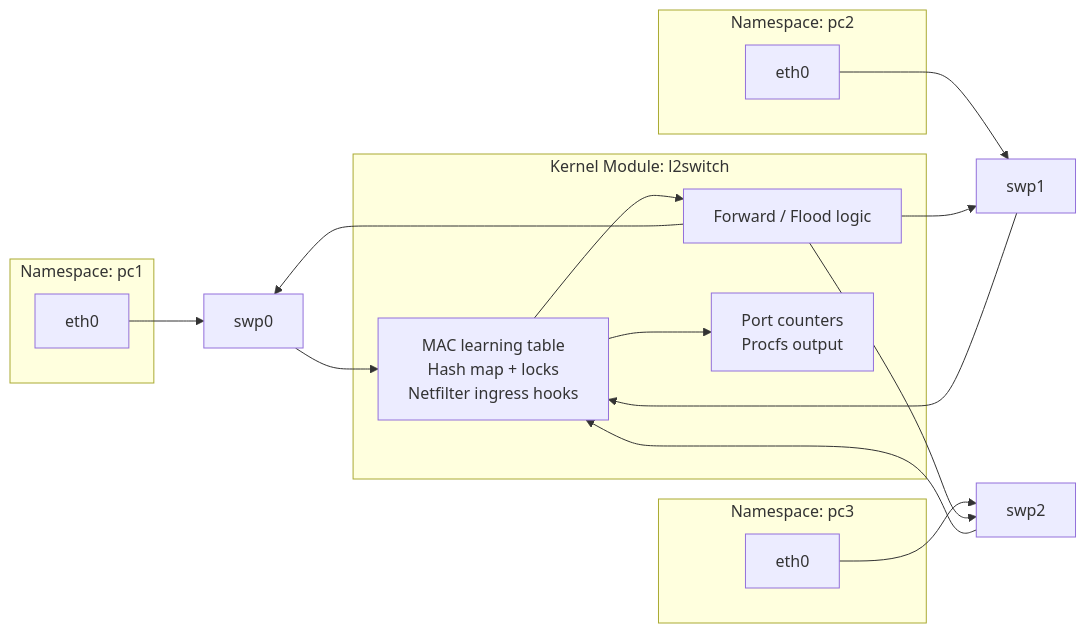
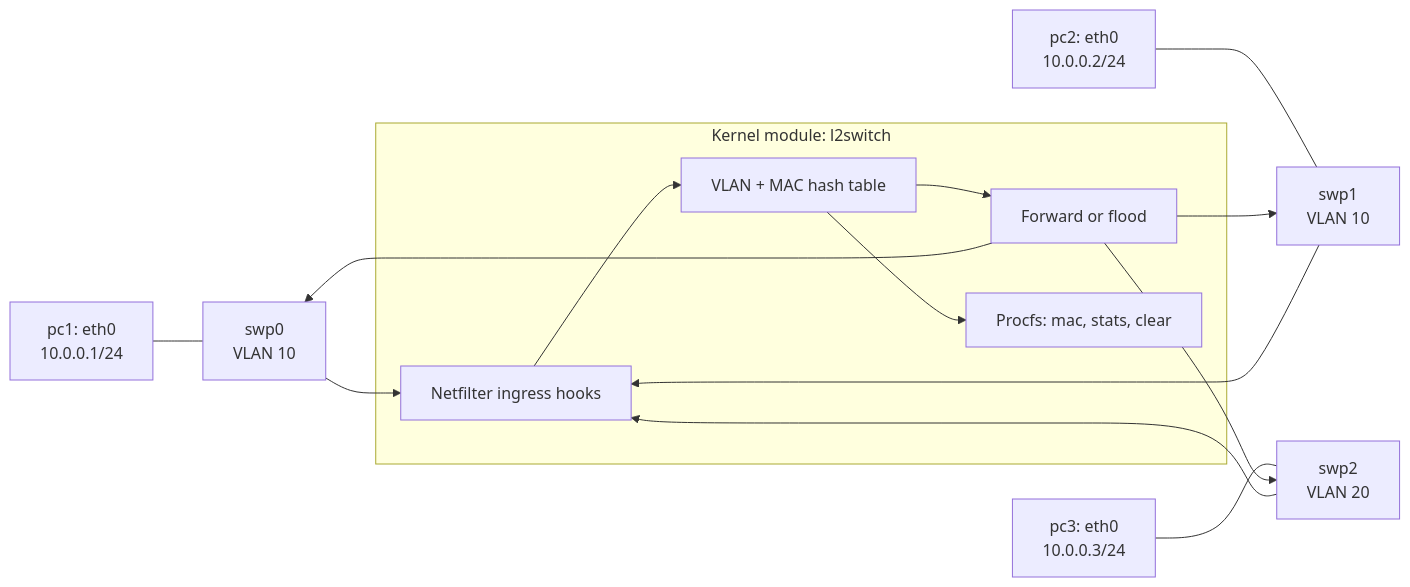
One commit to srisanthosh-b/L2_Switch changed the diagram in README.md. Above: the diagram before and after it, drawn with Mermaid. The commit also changed other lines of this file, not shown here.

````diff
--- a/README.md
+++ b/README.md
@@ -7,36 +20,22 @@
 ```mermaid
 flowchart LR
-    subgraph NS1[Namespace: pc1]
-        P1[eth0]
-    end
-    subgraph NS2[Namespace: pc2]
-        P2[eth0]
-    end
-    subgraph NS3[Namespace: pc3]
-        P3[eth0]
+    PC1[pc1: eth0\n10.0.0.1/24] --- V0[swp0\nVLAN 10]
+    PC2[pc2: eth0\n10.0.0.2/24] --- V1[swp1\nVLAN 10]
+    PC3[pc3: eth0\n10.0.0.3/24] --- V2[swp2\nVLAN 20]
+
+    subgraph Switch[Kernel module: l2switch]
+        Hook[Netfilter ingress hooks]
+        Table[VLAN + MAC hash table]
+        Logic[Forward or flood]
+        Proc[Procfs: mac, stats, clear]
+        Hook --> Table --> Logic
+        Table --> Proc
     end
 
-    subgraph SW[Kernel Module: l2switch]
-        L2[MAC learning table\nHash map + locks\nNetfilter ingress hooks]
-        FWD[Forward / Flood logic]
-        STATS[Port counters\nProcfs output]
-    end
-
-    V1[swp0]
-    V2[swp1]
-    V3[swp2]
-
-    P1 --> V1
-    P2 --> V2
-    P3 --> V3
-
-    V1 --> L2
-    V2 --> L2
-    V3 --> L2
-
-    L2 --> FWD
-    FWD --> V1
-    FWD --> V2
-    FWD --> V3
-    L2 --> STATS
+    V0 --> Hook
+    V1 --> Hook
+    V2 --> Hook
+    Logic --> V0
+    Logic --> V1
+    Logic --> V2
 ```
````
